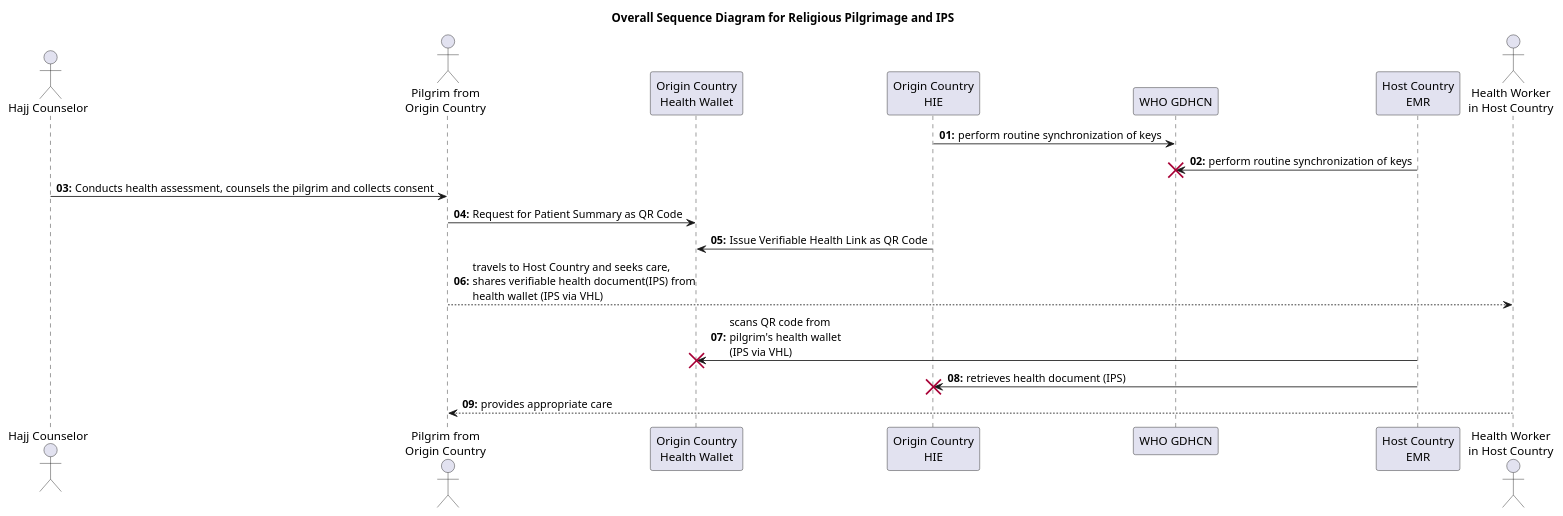
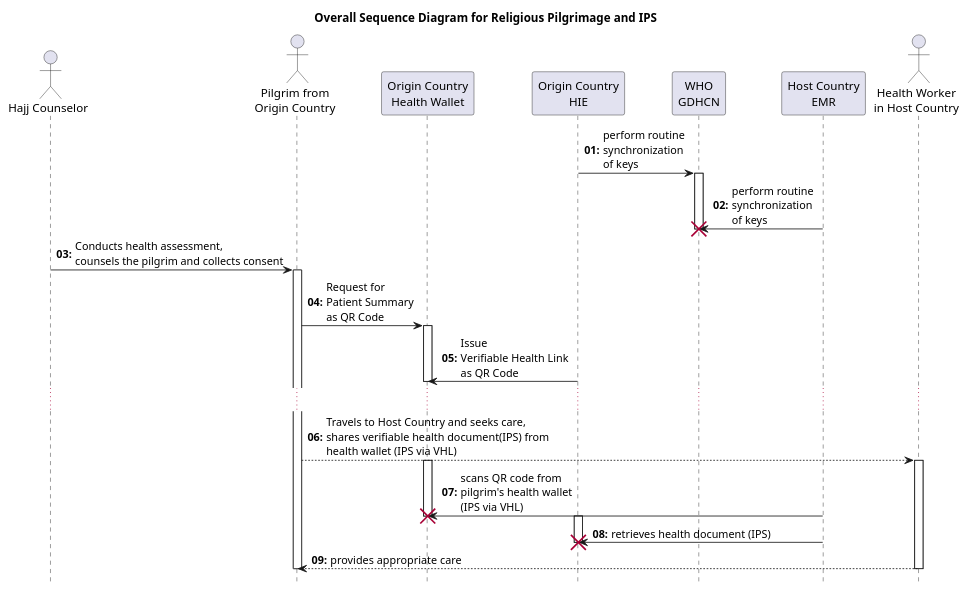
Before and after one commit to mtavhel-tsch/smart-ips-pilgrimage: the diagram in input/images-source/sequence.plantuml, drawn with PlantUML. The commit also changed 1 other file, not shown here.

Commit message:
more compact sequence diagram

```diff
--- a/input/images-source/sequence.plantuml
+++ b/input/images-source/sequence.plantuml
@@ -1,33 +1,51 @@
 @startuml
 skinparam svgDimensionStyle false
+hide footbox
+
 
 title Overall Sequence Diagram for Religious Pilgrimage and IPS
 
 actor "Hajj Counselor" as C
 actor "Pilgrim from\nOrigin Country" as P
 participant "Origin Country\nHealth Wallet" as OC
 participant "Origin Country\nHIE" as OCHIE
-participant "WHO GDHCN" as WHO
+participant "WHO\nGDHCN" as WHO
 participant "Host Country\nEMR" as HCEMR
 actor "Health Worker\nin Host Country" as HW
 
 autonumber "<b>00:</b>"
 
 
-OCHIE -> WHO: perform routine synchronization of keys
-HCEMR -> WHO : perform routine synchronization of keys
+OCHIE -> WHO: perform routine\nsynchronization\nof keys
+'activate OCHIE
+activate WHO
+HCEMR -> WHO : perform routine\nsynchronization\nof keys
+deactivate WHO
 destroy WHO
+deactivate OCHIE
 
-C -> P : Conducts health assessment, counsels the pilgrim and collects consent
-P -> OC : Request for Patient Summary as QR Code
-OCHIE -> OC : Issue Verifiable Health Link as QR Code
+C -> P : Conducts health assessment,\ncounsels the pilgrim and collects consent
+activate P
+P -> OC : Request for\nPatient Summary\nas QR Code
+activate OC
+OCHIE -> OC : Issue\nVerifiable Health Link\nas QR Code
+deactivate OC
+...
+P --> HW: Travels to Host Country and seeks care,\nshares verifiable health document(IPS) from\nhealth wallet (IPS via VHL)
+activate HW
 
-P --> HW: travels to Host Country and seeks care,\nshares verifiable health document(IPS) from\nhealth wallet (IPS via VHL)
+activate OC
 HCEMR -> OC: scans QR code from\npilgrim's health wallet\n(IPS via VHL)
+deactivate OC
 destroy OC
+
+activate OCHIE
 HCEMR  -> OCHIE : retrieves health document (IPS)
+deactivate OCHIE
 destroy OCHIE
  
 HW --> P: provides appropriate care
+deactivate HW
+deactivate P
 
 @enduml
```
